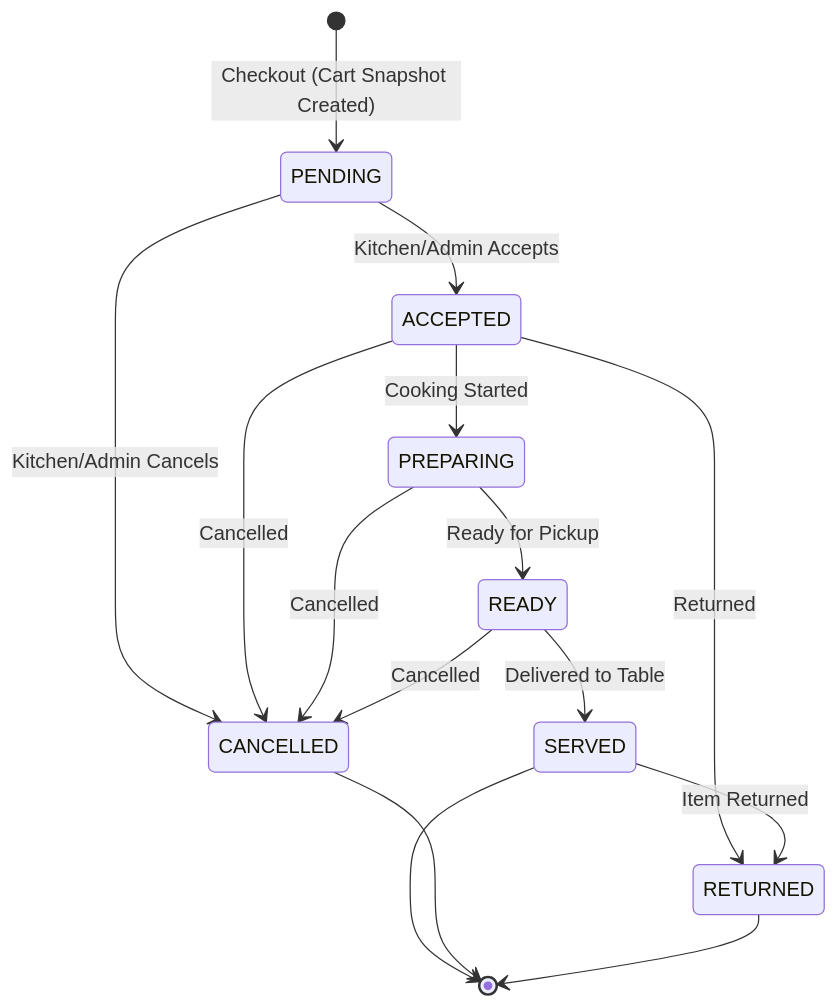
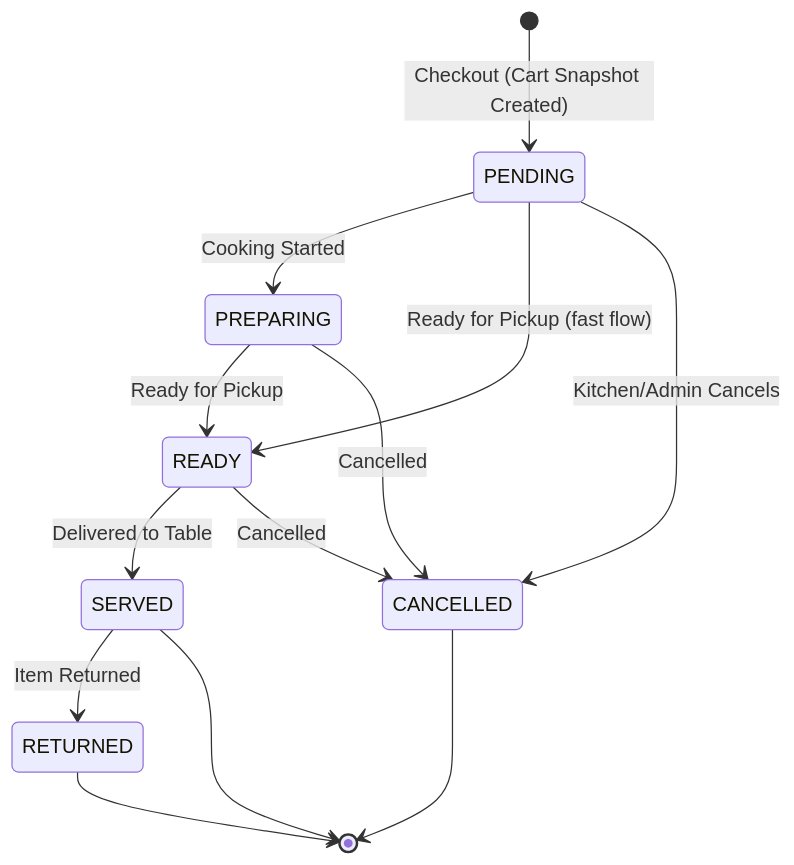
Before and after one commit to no-hup/plattr-pro: the second of 2 diagrams in backend/src-plattr/functions/orders/order_flow_detailed_spec.md, drawn with Mermaid. The commit also changed other lines of this file and 48 other files, not shown here.

````diff
--- a/backend/src-plattr/functions/orders/order_flow_detailed_spec.md
+++ b/backend/src-plattr/functions/orders/order_flow_detailed_spec.md
@@ -34,22 +34,19 @@
 ```mermaid
 stateDiagram-v2
     [*] --> PENDING: Checkout (Cart Snapshot Created)
-    PENDING --> ACCEPTED: Kitchen/Admin Accepts
+    PENDING --> PREPARING: Cooking Started
+    PENDING --> READY: Ready for Pickup (fast flow)
     PENDING --> CANCELLED: Kitchen/Admin Cancels
-    
-    ACCEPTED --> PREPARING: Cooking Started
-    ACCEPTED --> CANCELLED: Cancelled
-    ACCEPTED --> RETURNED: Returned
-    
+
     PREPARING --> READY: Ready for Pickup
     PREPARING --> CANCELLED: Cancelled
-    
+
     READY --> SERVED: Delivered to Table
     READY --> CANCELLED: Cancelled
-    
+
     SERVED --> RETURNED: Item Returned
     SERVED --> [*]
-    
+
     CANCELLED --> [*]
     RETURNED --> [*]
 ```
````
